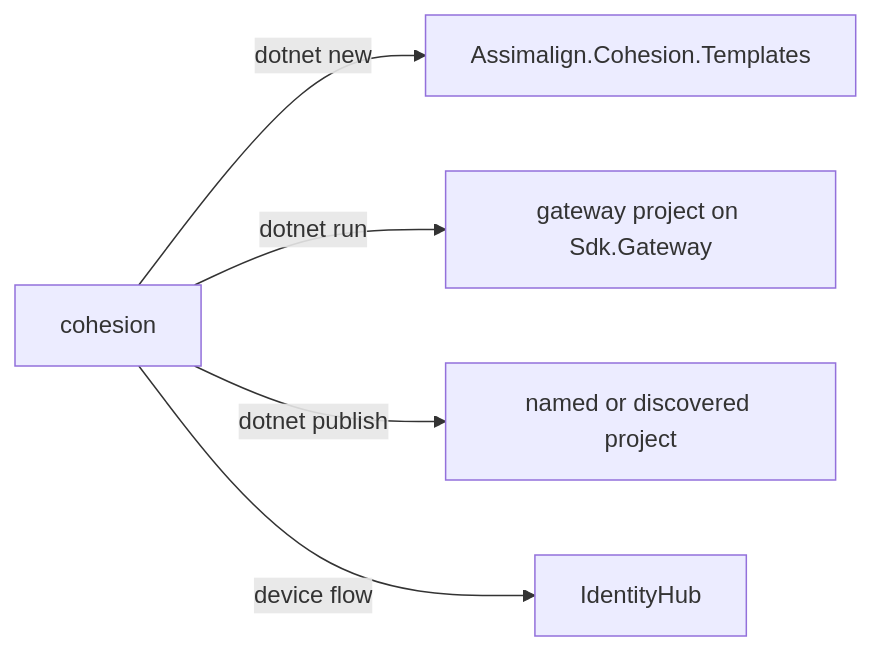
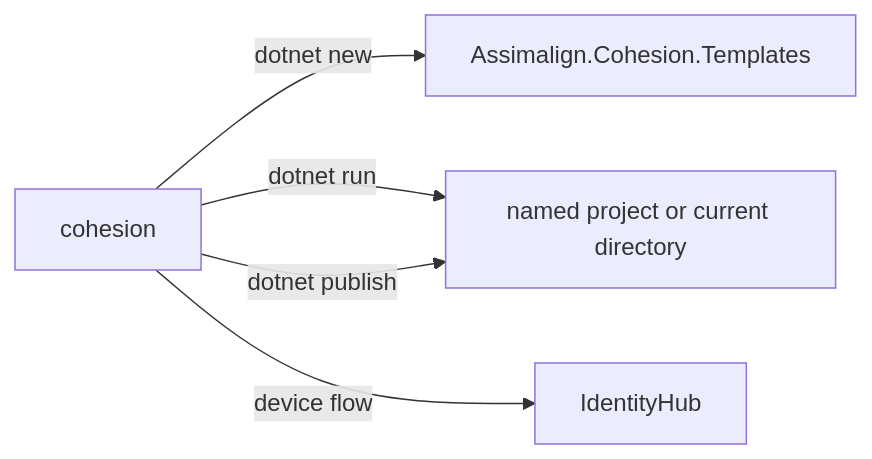
Before and after one commit to assimalign/cohesion: the diagram in tooling/Cli/Assimalign.Cohesion.Cli/docs/DESIGN.md, drawn with Mermaid. The commit also changed other lines of this file and 141 other files, not shown here.

````diff
--- a/tooling/Cli/Assimalign.Cohesion.Cli/docs/DESIGN.md
+++ b/tooling/Cli/Assimalign.Cohesion.Cli/docs/DESIGN.md
@@ -11,7 +9,7 @@
 ```mermaid
 flowchart LR
     Cli["cohesion"] -->|"dotnet new"| Templates["Assimalign.Cohesion.Templates"]
-    Cli -->|"dotnet run"| Gateway["gateway project on Sdk.Gateway"]
-    Cli -->|"dotnet publish"| Project["named or discovered project"]
+    Cli -->|"dotnet run"| Project["named project or current directory"]
+    Cli -->|"dotnet publish"| Project
     Cli -->|"device flow"| Hub["IdentityHub"]
 ```
````
